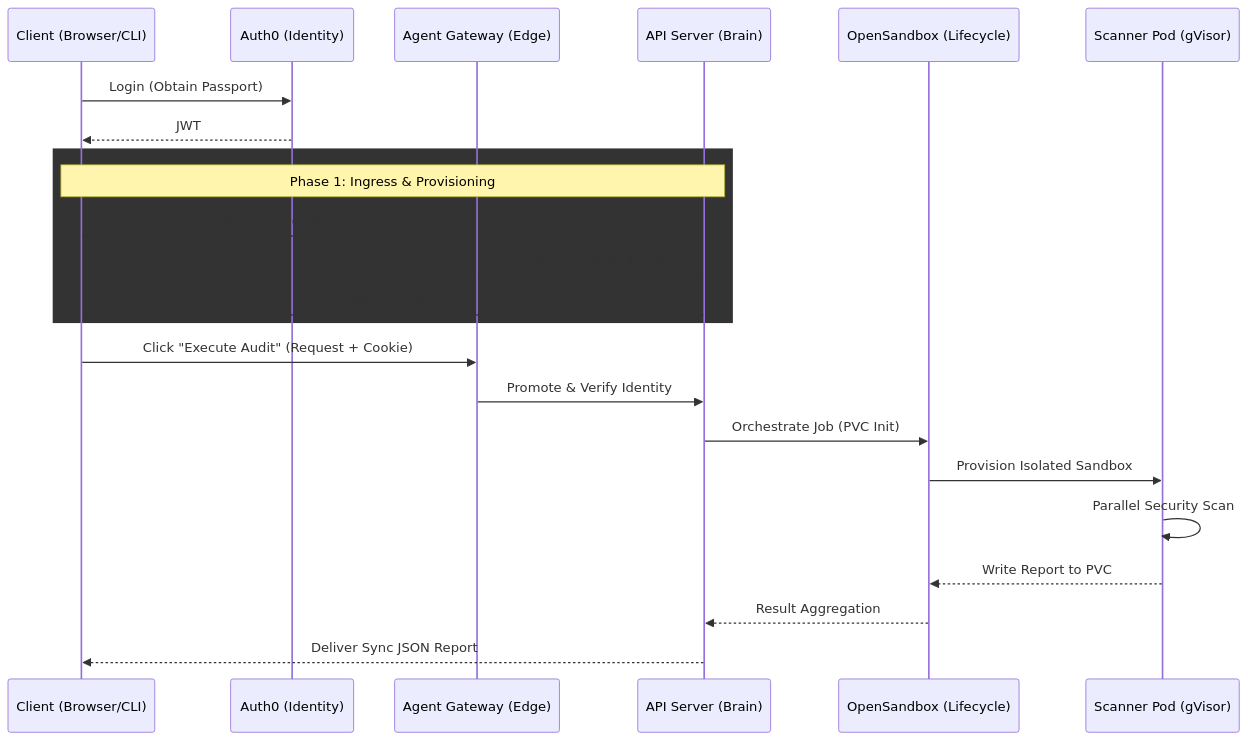
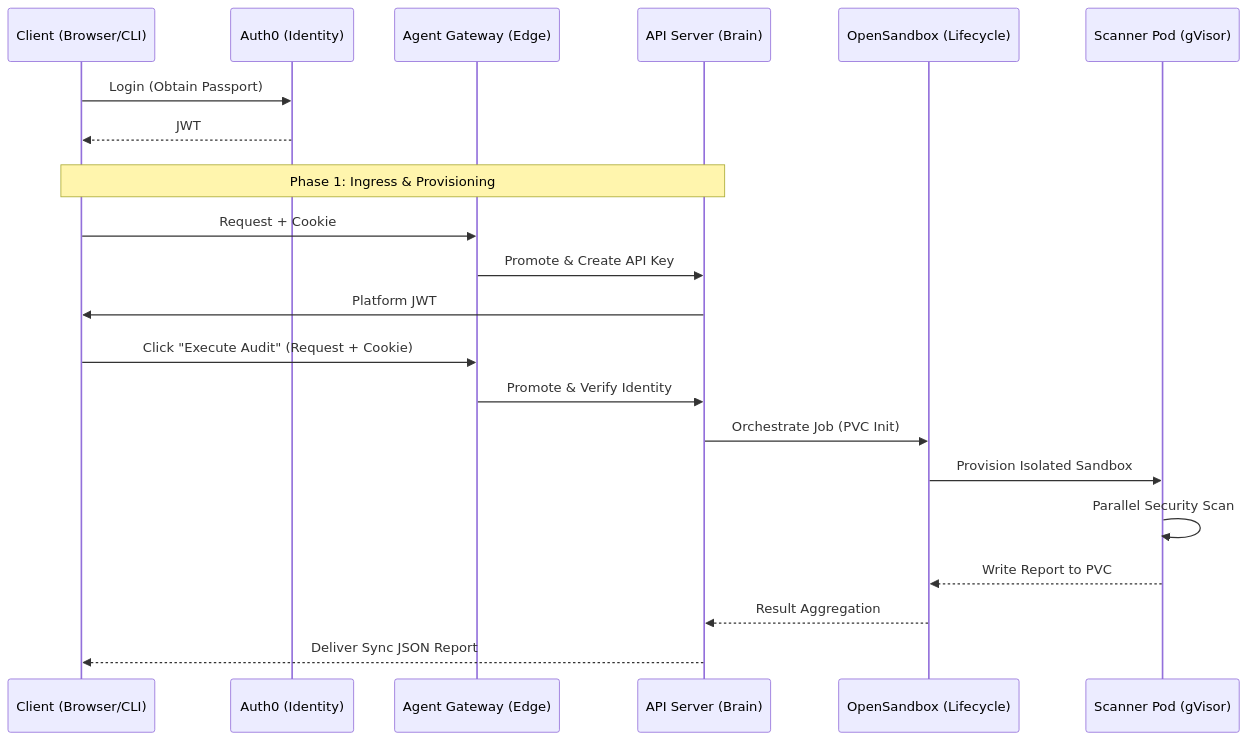
Before and after one commit to 01cloud/01-Sandbox: the diagram in docs/technicalprocessguid.md, drawn with Mermaid.

````diff
--- a/docs/technicalprocessguid.md
+++ b/docs/technicalprocessguid.md
@@ -9,28 +9,28 @@
 ```mermaid
 sequenceDiagram
     participant User as Client (Browser/CLI)
     participant Auth0 as Auth0 (Identity)
     participant GW as Agent Gateway (Edge)
     participant API as API Server (Brain)
     participant OSS as OpenSandbox (Lifecycle)
     participant POD as Scanner Pod (gVisor)
 
     User->>Auth0: Login (Obtain Passport)
     Auth0-->>User: JWT
     
-    rect(240, 240, 240)
+    rect rgba(255, 255, 255, 0.05)
     Note over User, API: Phase 1: Ingress & Provisioning
     User->>GW: Request + Cookie
     GW->>API: Promote & Create API Key
     API->>User: Platform JWT
     end
 
     User->>GW: Click "Execute Audit" (Request + Cookie)
     GW->>API: Promote & Verify Identity
     API->>OSS: Orchestrate Job (PVC Init)
     OSS->>POD: Provision Isolated Sandbox
     POD->>POD: Parallel Security Scan
     POD-->>OSS: Write Report to PVC
     OSS-->>API: Result Aggregation
     API-->>User: Deliver Sync JSON Report
 ```
````
